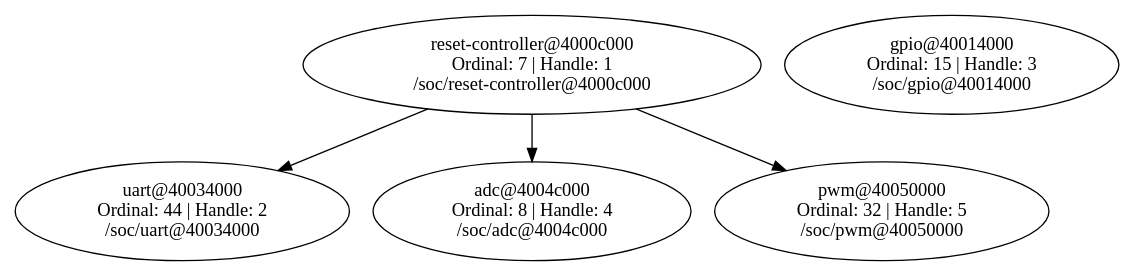
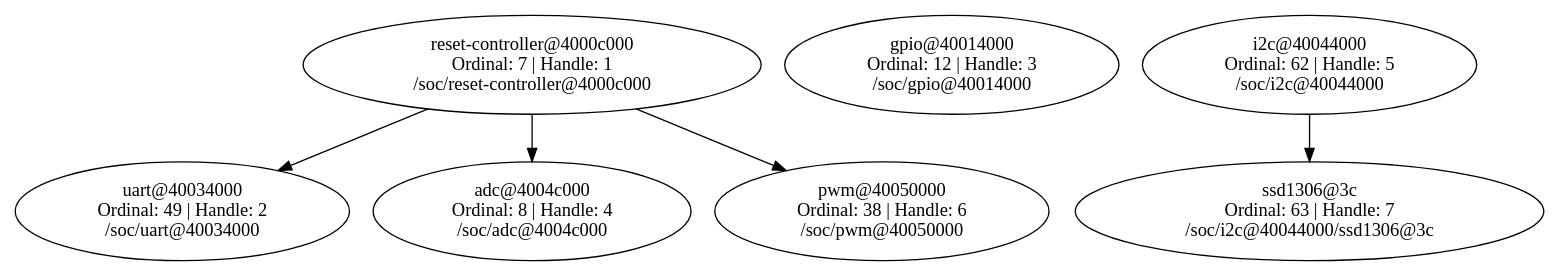
One commit to Diseno-electronico-2023-1/evse-rp2040-hardware changed the diagram in app/build/zephyr/dev_graph.dot. Above: the diagram before and after it, drawn with Graphviz. The commit also changed 75 other files, not shown here.

```diff
--- a/app/build/zephyr/dev_graph.dot
+++ b/app/build/zephyr/dev_graph.dot
@@ -1,11 +1,14 @@
 // C:/Users/sergi/zephyrproject/evse-rp2040-hardware/app/build/zephyr/zephyr_pre0.elf
 digraph "Device dependency graph" {
 	7 [label="reset-controller@4000c000\nOrdinal: 7 | Handle: 1\n/soc/reset-controller@4000c000"]
-	44 [label="uart@40034000\nOrdinal: 44 | Handle: 2\n/soc/uart@40034000"]
-	15 [label="gpio@40014000\nOrdinal: 15 | Handle: 3\n/soc/gpio@40014000"]
+	49 [label="uart@40034000\nOrdinal: 49 | Handle: 2\n/soc/uart@40034000"]
+	12 [label="gpio@40014000\nOrdinal: 12 | Handle: 3\n/soc/gpio@40014000"]
 	8 [label="adc@4004c000\nOrdinal: 8 | Handle: 4\n/soc/adc@4004c000"]
-	32 [label="pwm@40050000\nOrdinal: 32 | Handle: 5\n/soc/pwm@40050000"]
-	7 -> 44
+	62 [label="i2c@40044000\nOrdinal: 62 | Handle: 5\n/soc/i2c@40044000"]
+	38 [label="pwm@40050000\nOrdinal: 38 | Handle: 6\n/soc/pwm@40050000"]
+	63 [label="ssd1306@3c\nOrdinal: 63 | Handle: 7\n/soc/i2c@40044000/ssd1306@3c"]
+	7 -> 38
+	7 -> 49
 	7 -> 8
-	7 -> 32
+	62 -> 63
 }
```
